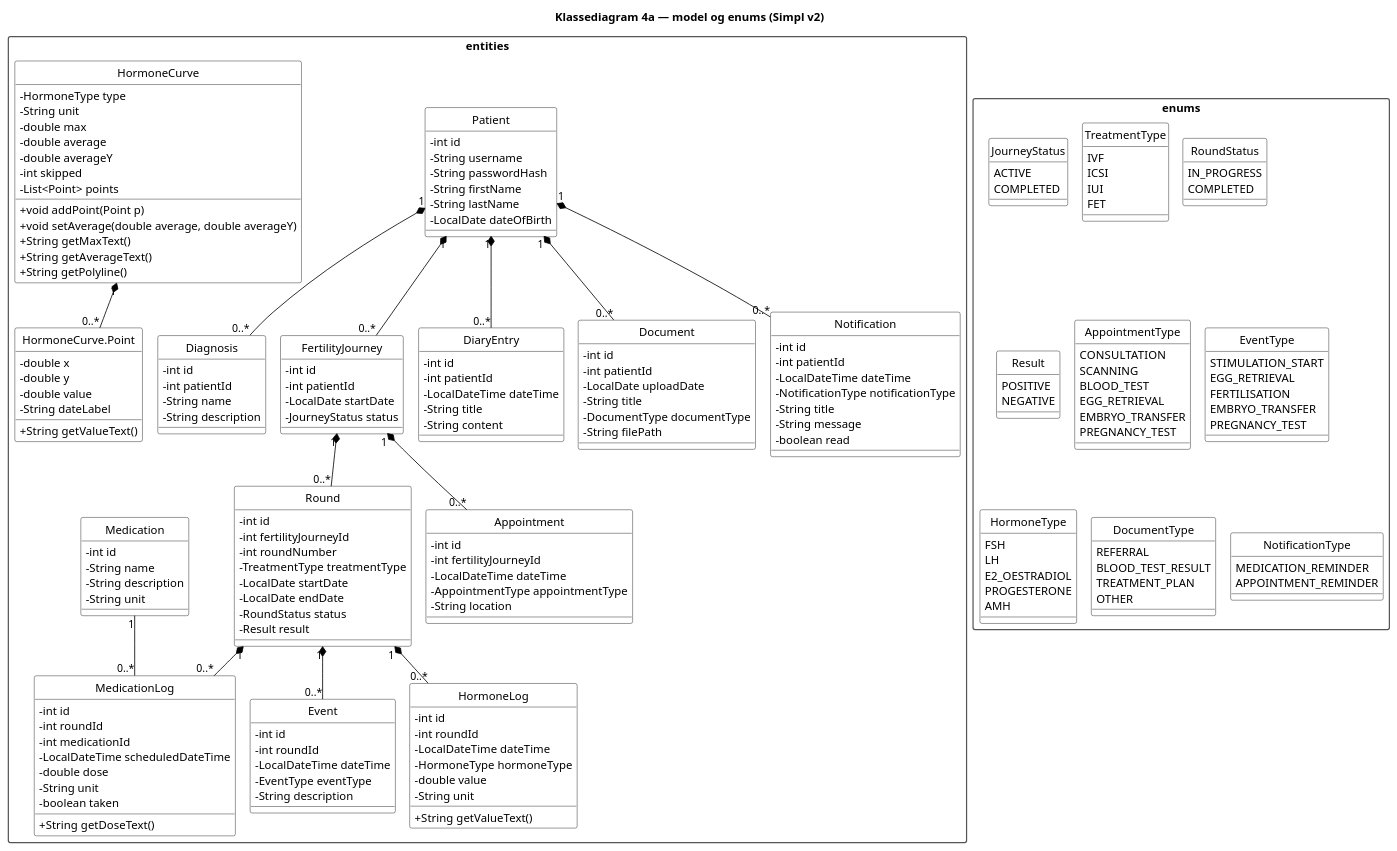
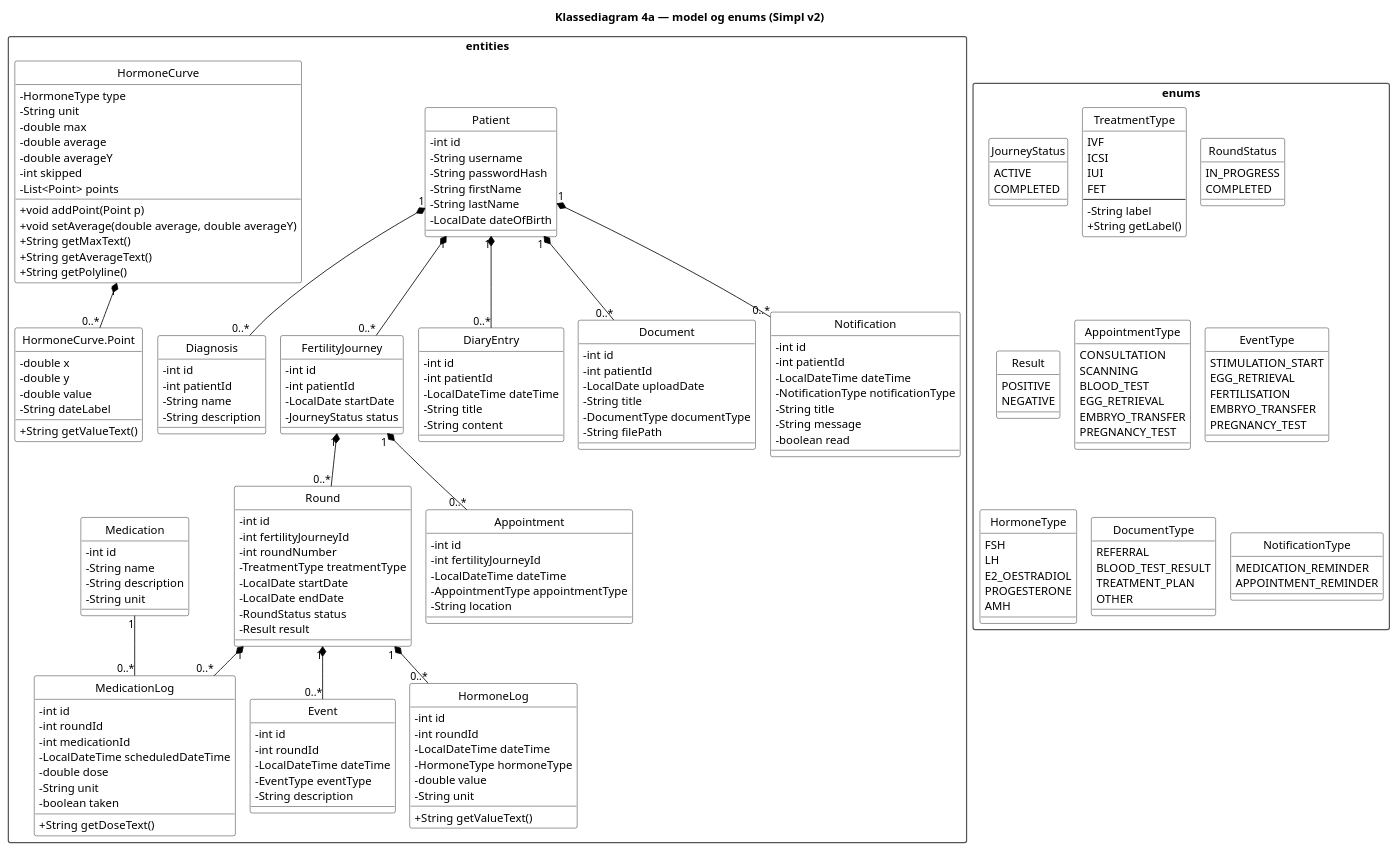
Before and after one commit to BesimaP/Simpl-PET-project: the diagram in doc/static/Klassediagram4a.puml, drawn with PlantUML. The commit also changed 51 other files, not shown here.

```diff
--- a/doc/static/Klassediagram4a.puml
+++ b/doc/static/Klassediagram4a.puml
@@ -167,6 +167,9 @@
     ICSI
     IUI
     FET
+    --
+    - String label
+    + String getLabel()
   }
 
   enum RoundStatus {
```
